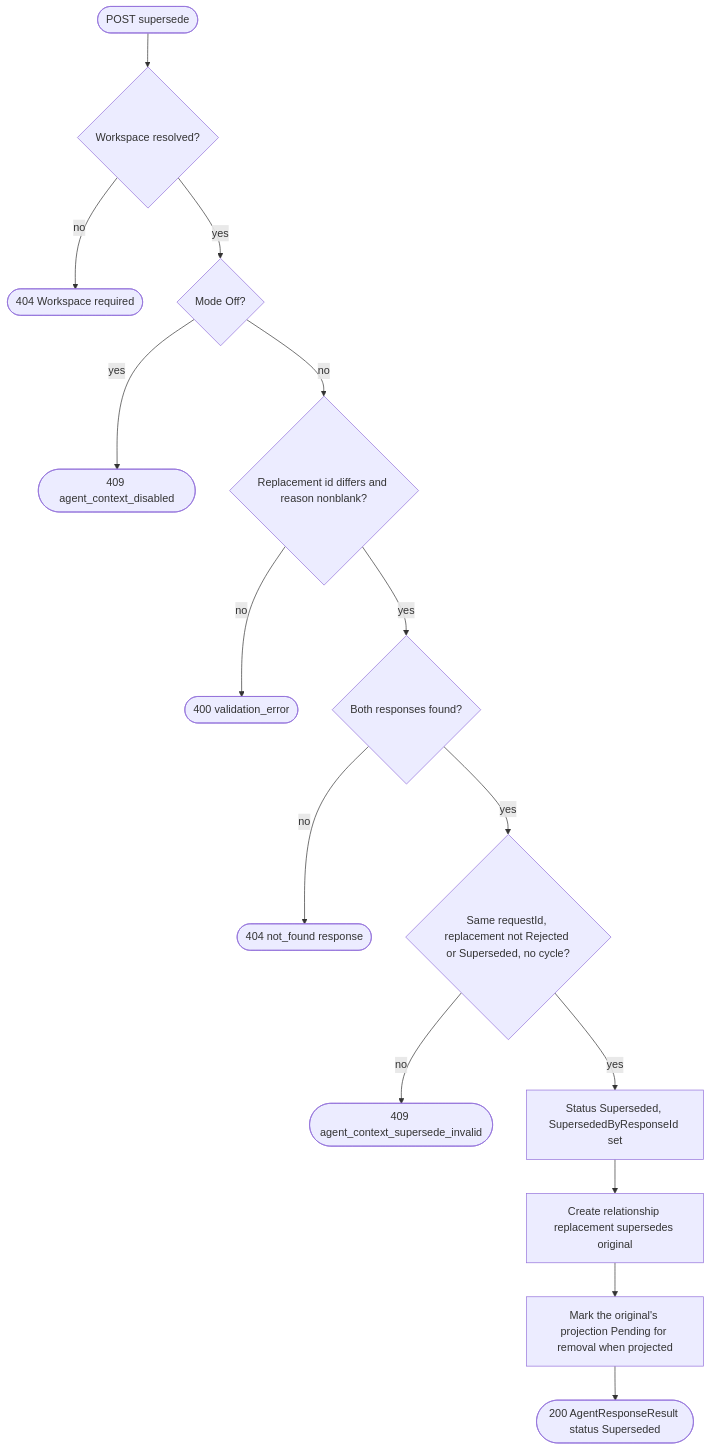
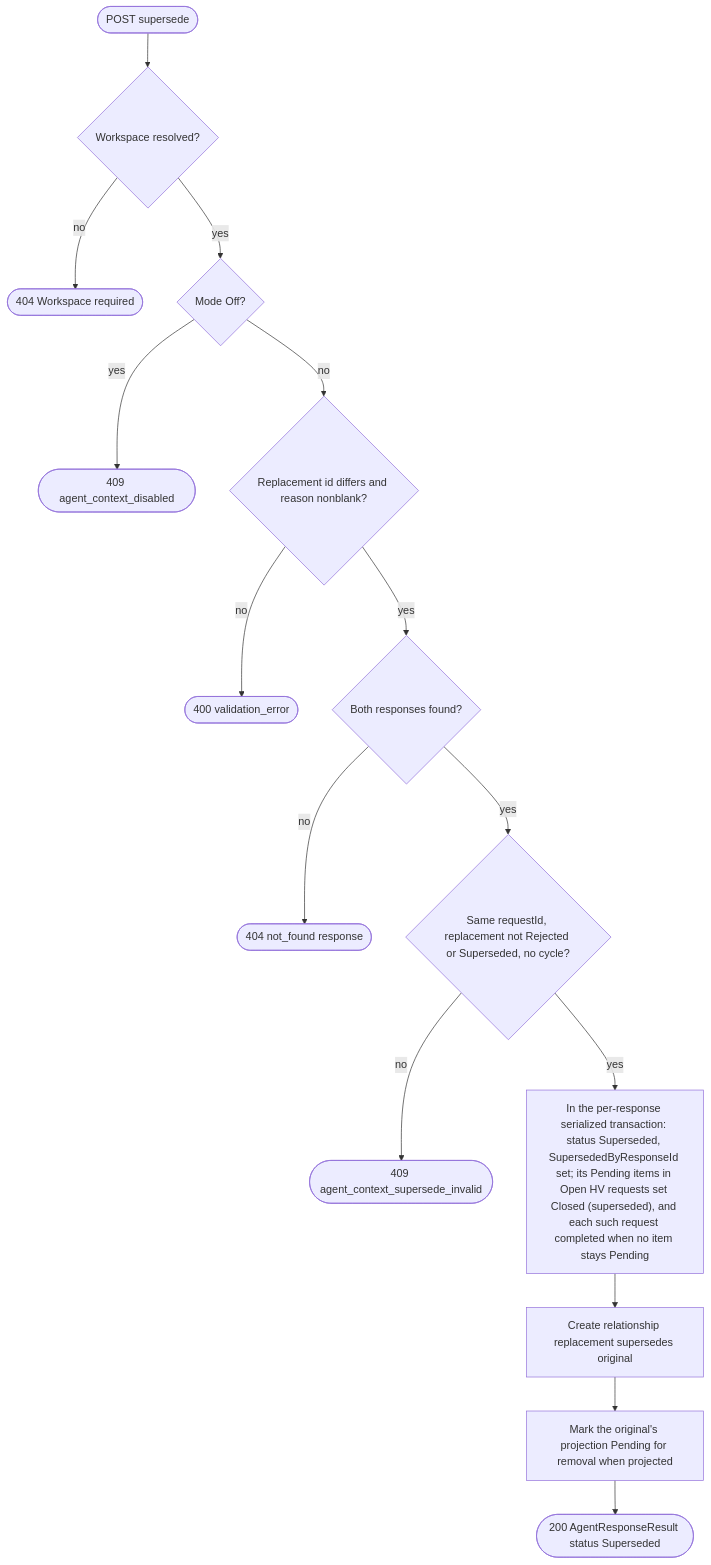
Before and after one commit to sharpninja/McpServer: diagram 15 of 59 in docs/Stateless-Agent-Context-Management.md, drawn with Mermaid. The commit also changed other lines of this file and 2 other files, not shown here.

````diff
--- a/docs/Stateless-Agent-Context-Management.md
+++ b/docs/Stateless-Agent-Context-Management.md
@@ -635,17 +642,17 @@
 ```mermaid
 flowchart TD
     S(["POST supersede"]) --> W{"Workspace resolved?"}
     W -->|no| E0(["404 Workspace required"])
     W -->|yes| MO{"Mode Off?"}
     MO -->|yes| E1(["409 agent_context_disabled"])
     MO -->|no| V{"Replacement id differs and reason nonblank?"}
     V -->|no| E2(["400 validation_error"])
     V -->|yes| F{"Both responses found?"}
     F -->|no| E3(["404 not_found response"])
     F -->|yes| RQ{"Same requestId, replacement not Rejected or Superseded, no cycle?"}
     RQ -->|no| E4(["409 agent_context_supersede_invalid"])
-    RQ -->|yes| SP["Status Superseded, SupersededByResponseId set"]
+    RQ -->|yes| SP["In the per-response serialized transaction: status Superseded, SupersededByResponseId set; its Pending items in Open HV requests set Closed (superseded), and each such request completed when no item stays Pending"]
     SP --> LK["Create relationship replacement supersedes original"]
     LK --> PR["Mark the original's projection Pending for removal when projected"]
     PR --> OK(["200 AgentResponseResult status Superseded"])
 ```
````
